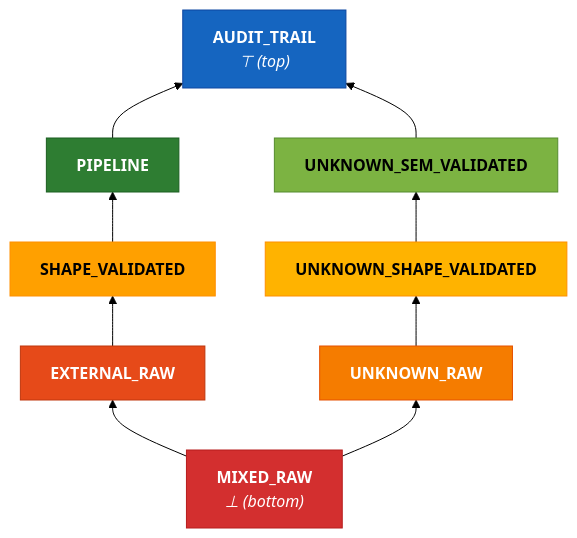
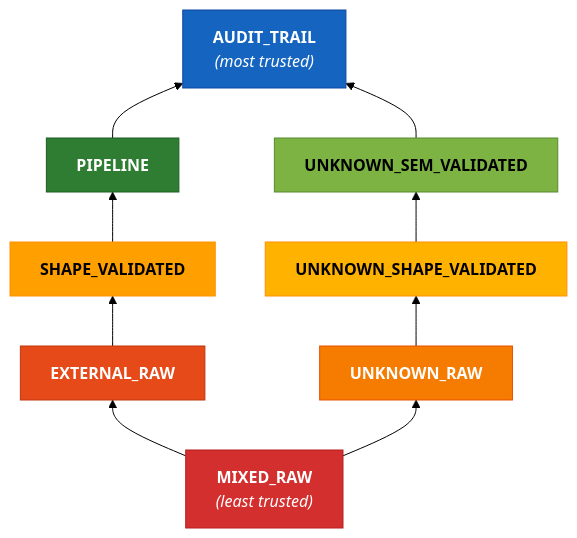
The first of 2 diagrams in docs/spec/wardline-01-05-authority-tier-enforcement-spec.md (johnm-dta/wardline), drawn with Mermaid (forest theme) before and after one commit. The commit also changed other lines of this file and 17 other files, not shown here.

````diff
--- a/docs/spec/wardline-01-05-authority-tier-enforcement-spec.md
+++ b/docs/spec/wardline-01-05-authority-tier-enforcement-spec.md
@@ -79,29 +87,29 @@
 ```mermaid
 graph BT
-    MR["<b>MIXED_RAW</b><br/><i>⊥ (bottom)</i>"]
+    MR["<b>MIXED_RAW</b><br/><i>(least trusted)</i>"]
     ER["<b>EXTERNAL_RAW</b>"]
     UR["<b>UNKNOWN_RAW</b>"]
     SV["<b>SHAPE_VALIDATED</b>"]
     USV["<b>UNKNOWN_SHAPE_VALIDATED</b>"]
     USemV["<b>UNKNOWN_SEM_VALIDATED</b>"]
     PL["<b>PIPELINE</b>"]
-    AT["<b>AUDIT_TRAIL</b><br/><i>⊤ (top)</i>"]
+    AT["<b>AUDIT_TRAIL</b><br/><i>(most trusted)</i>"]
 
     MR --> ER
     MR --> UR
     ER --> SV
     UR --> USV
     SV --> PL
     USV --> USemV
     PL --> AT
     USemV --> AT
 
     style MR fill:#D32F2F,color:#fff,stroke:#B71C1C
     style ER fill:#E64A19,color:#fff,stroke:#BF360C
     style UR fill:#F57C00,color:#fff,stroke:#E65100
     style SV fill:#FFA000,color:#000,stroke:#FF8F00
     style USV fill:#FFB300,color:#000,stroke:#FF8F00
     style USemV fill:#7CB342,color:#000,stroke:#558B2F
     style PL fill:#2E7D32,color:#fff,stroke:#1B5E20
     style AT fill:#1565C0,color:#fff,stroke:#0D47A1
 ```
````
